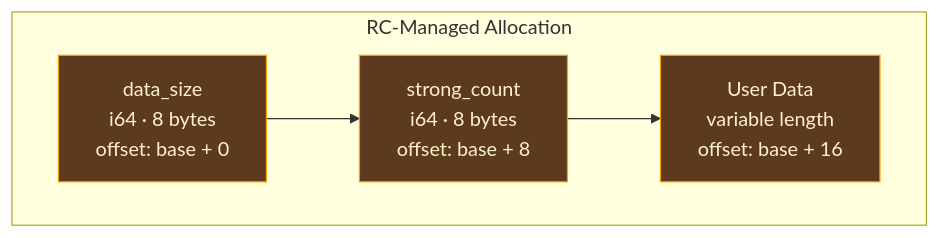
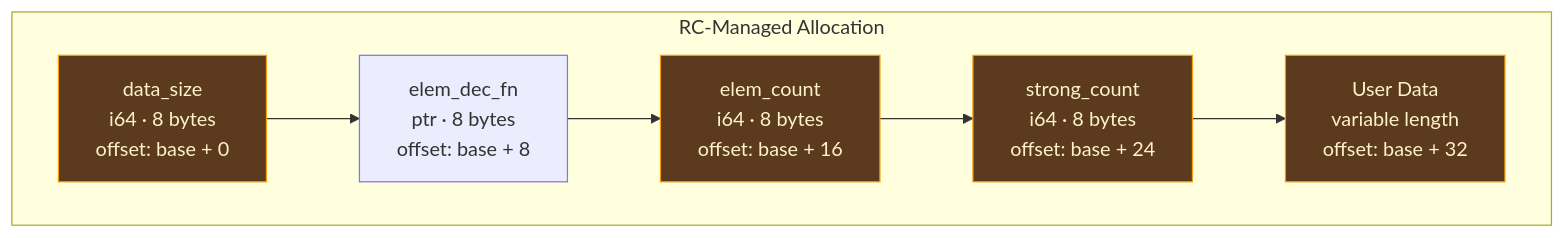
Before and after one commit to upstat-io/ori-lang: the first of 5 diagrams in docs/compiler/design/11-runtime/data-structures.md, drawn with Mermaid. The commit also changed other lines of this file and 24 other files, not shown here.

````diff
--- a/docs/compiler/design/11-runtime/data-structures.md
+++ b/docs/compiler/design/11-runtime/data-structures.md
@@ -25,20 +25,26 @@
 ```mermaid
 flowchart LR
     subgraph Allocation ["RC-Managed Allocation"]
         direction LR
         DS["data_size
         i64 · 8 bytes
         offset: base + 0"]
+        ED["elem_dec_fn
+        ptr · 8 bytes
+        offset: base + 8"]
+        EC["elem_count
+        i64 · 8 bytes
+        offset: base + 16"]
         SC["strong_count
         i64 · 8 bytes
-        offset: base + 8"]
+        offset: base + 24"]
         UD["User Data
         variable length
-        offset: base + 16"]
+        offset: base + 32"]
     end
 
-    DS --> SC --> UD
+    DS --> ED --> EC --> SC --> UD
 
     classDef native fill:#5c3a1e,stroke:#f59e0b,color:#fef3c7
-    class DS,SC,UD native
+    class DS,EC,SC,UD native
 ```
````
